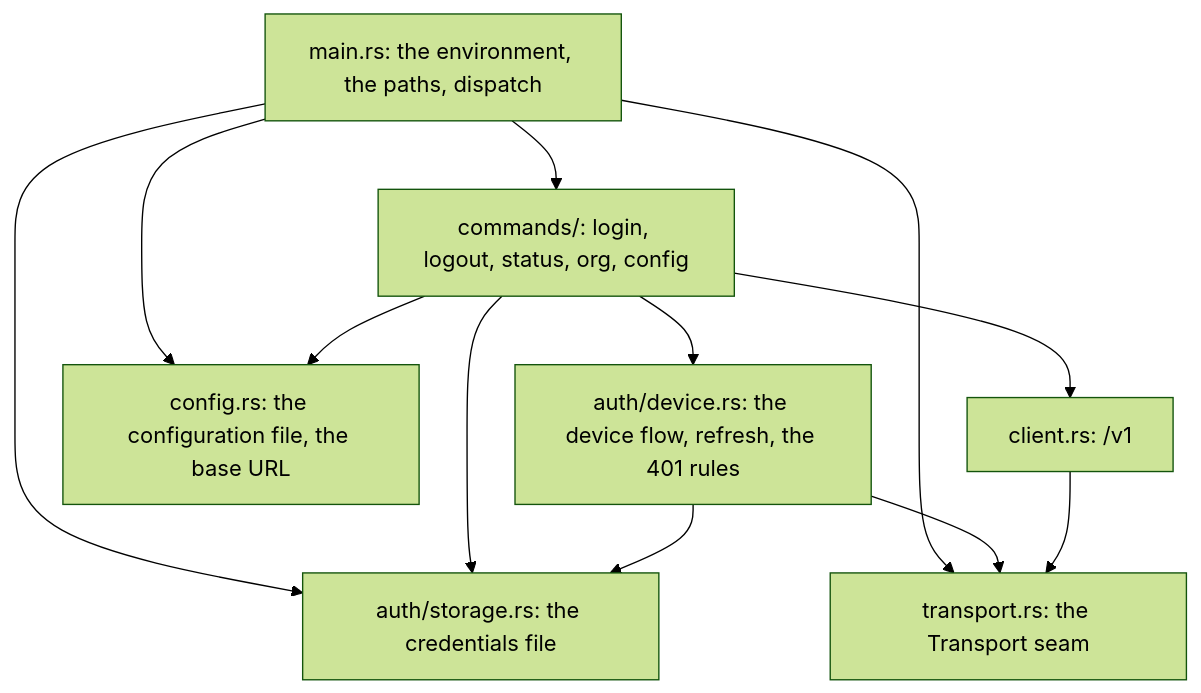
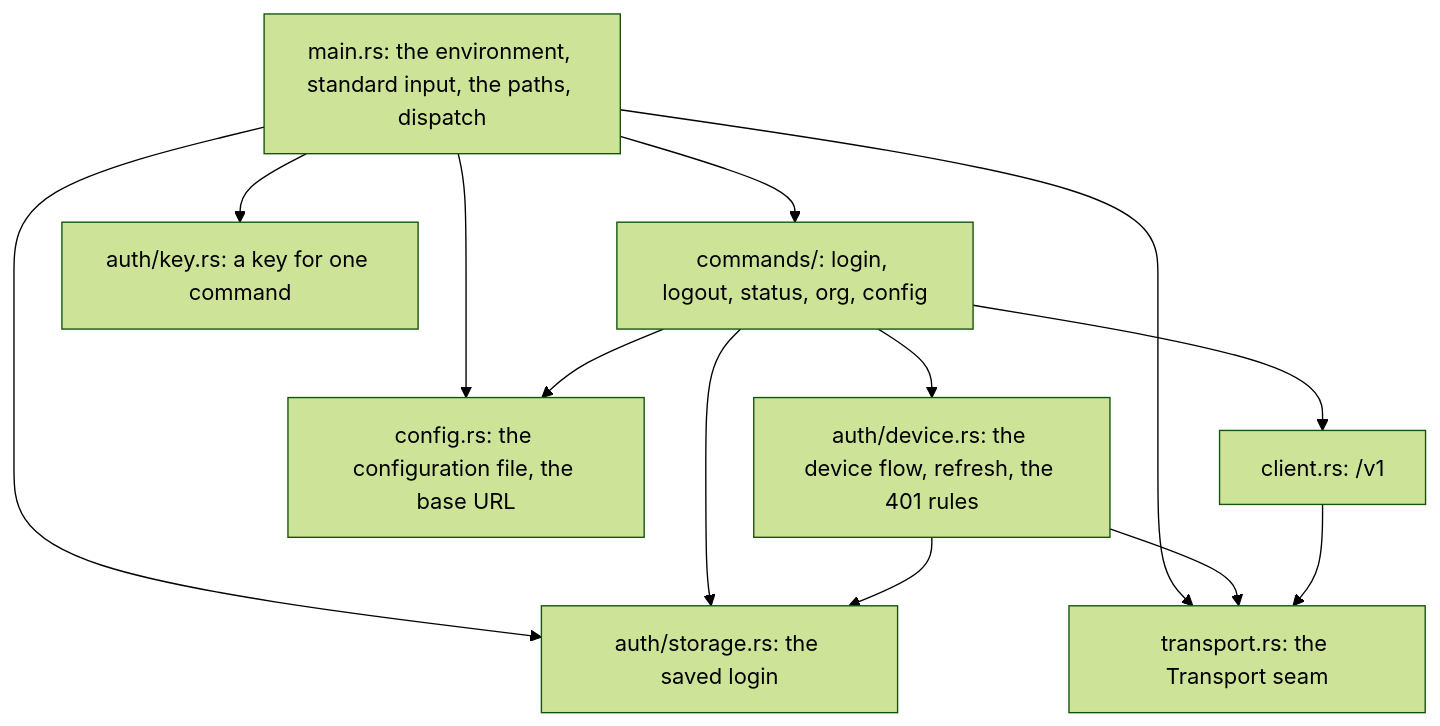
The second of 2 diagrams in ARCHITECTURE.md (telmoni/telmoni-cli), drawn with Mermaid (forest theme) before and after one commit. The commit also changed other lines of this file and 14 other files, not shown here.

First line of the commit message:
feat: use TELMONI_API_KEY per command, and save a key only from stdin

````diff
--- a/ARCHITECTURE.md
+++ b/ARCHITECTURE.md
@@ -110,21 +111,23 @@
 ```mermaid
 flowchart TB
-  Main["main.rs: the environment, the paths, dispatch"]
+  Main["main.rs: the environment, standard input, the paths, dispatch"]
   Cmds["commands/: login, logout, status, org, config"]
   Device["auth/device.rs: the device flow, refresh, the 401 rules"]
-  Store["auth/storage.rs: the credentials file"]
+  Key["auth/key.rs: a key for one command"]
+  Store["auth/storage.rs: the saved login"]
   Config["config.rs: the configuration file, the base URL"]
   V1["client.rs: /v1"]
   T["transport.rs: the Transport seam"]
   Main --> Cmds
+  Main --> Key
   Main --> Store
   Main --> Config
   Main --> T
   Cmds --> Device
   Cmds --> Store
   Cmds --> Config
   Cmds --> V1
   Device --> Store
   Device --> T
   V1 --> T
 ```
````
